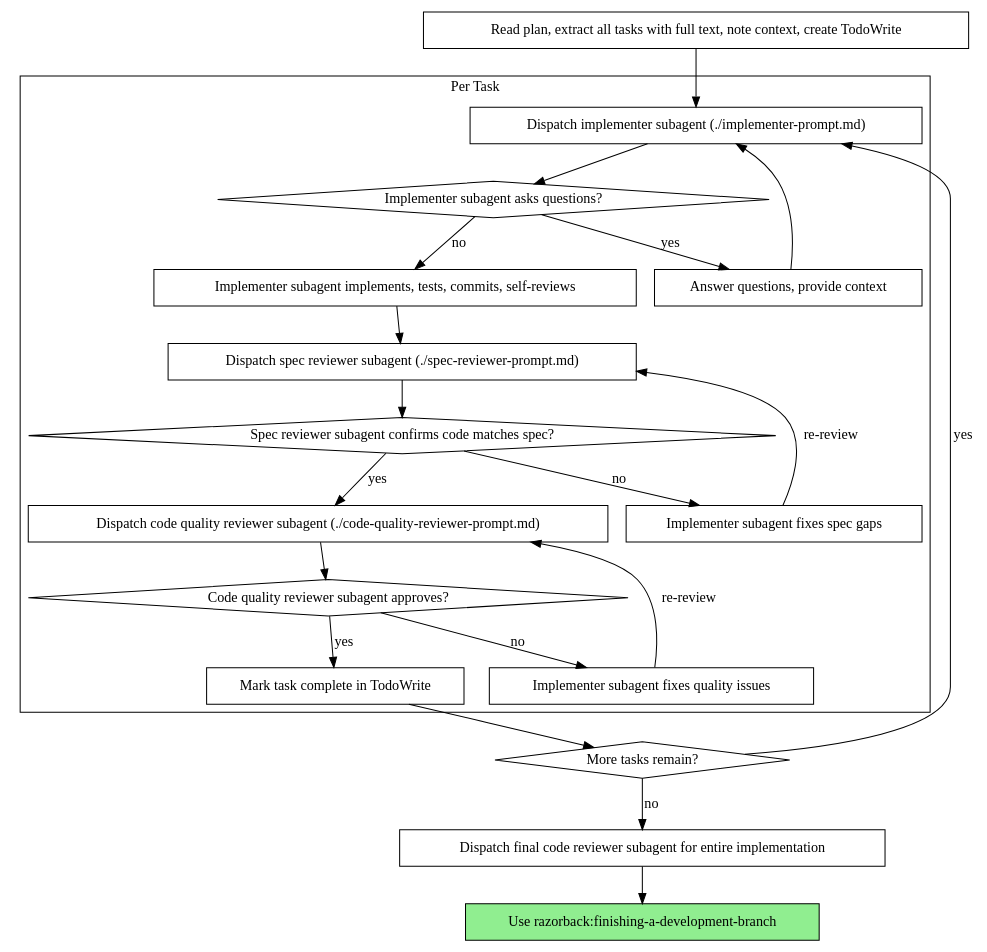
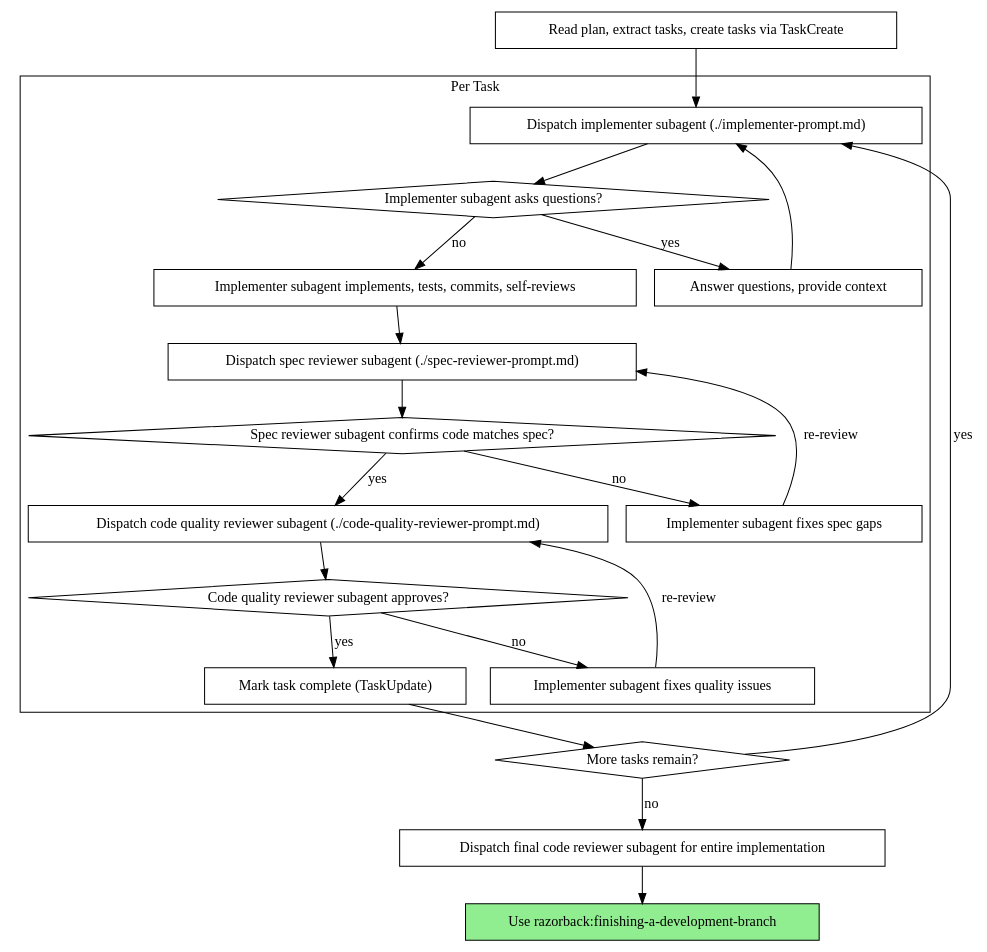
Before and after one commit to anortham/razorback: the second of 2 diagrams in skills/subagent-driven-development/SKILL.md, drawn with Graphviz. The commit also changed other lines of this file and 14 other files, not shown here.

````diff
--- a/skills/subagent-driven-development/SKILL.md
+++ b/skills/subagent-driven-development/SKILL.md
@@ -40,44 +40,44 @@
 ```dot
 digraph process {
     rankdir=TB;
 
     subgraph cluster_per_task {
         label="Per Task";
         "Dispatch implementer subagent (./implementer-prompt.md)" [shape=box];
         "Implementer subagent asks questions?" [shape=diamond];
         "Answer questions, provide context" [shape=box];
         "Implementer subagent implements, tests, commits, self-reviews" [shape=box];
         "Dispatch spec reviewer subagent (./spec-reviewer-prompt.md)" [shape=box];
         "Spec reviewer subagent confirms code matches spec?" [shape=diamond];
         "Implementer subagent fixes spec gaps" [shape=box];
         "Dispatch code quality reviewer subagent (./code-quality-reviewer-prompt.md)" [shape=box];
         "Code quality reviewer subagent approves?" [shape=diamond];
         "Implementer subagent fixes quality issues" [shape=box];
-        "Mark task complete in TodoWrite" [shape=box];
+        "Mark task complete (TaskUpdate)" [shape=box];
     }
 
-    "Read plan, extract all tasks with full text, note context, create TodoWrite" [shape=box];
+    "Read plan, extract tasks, create tasks via TaskCreate" [shape=box];
     "More tasks remain?" [shape=diamond];
     "Dispatch final code reviewer subagent for entire implementation" [shape=box];
     "Use razorback:finishing-a-development-branch" [shape=box style=filled fillcolor=lightgreen];
 
-    "Read plan, extract all tasks with full text, note context, create TodoWrite" -> "Dispatch implementer subagent (./implementer-prompt.md)";
+    "Read plan, extract tasks, create tasks via TaskCreate" -> "Dispatch implementer subagent (./implementer-prompt.md)";
     "Dispatch implementer subagent (./implementer-prompt.md)" -> "Implementer subagent asks questions?";
     "Implementer subagent asks questions?" -> "Answer questions, provide context" [label="yes"];
     "Answer questions, provide context" -> "Dispatch implementer subagent (./implementer-prompt.md)";
     "Implementer subagent asks questions?" -> "Implementer subagent implements, tests, commits, self-reviews" [label="no"];
     "Implementer subagent implements, tests, commits, self-reviews" -> "Dispatch spec reviewer subagent (./spec-reviewer-prompt.md)";
     "Dispatch spec reviewer subagent (./spec-reviewer-prompt.md)" -> "Spec reviewer subagent confirms code matches spec?";
     "Spec reviewer subagent confirms code matches spec?" -> "Implementer subagent fixes spec gaps" [label="no"];
     "Implementer subagent fixes spec gaps" -> "Dispatch spec reviewer subagent (./spec-reviewer-prompt.md)" [label="re-review"];
     "Spec reviewer subagent confirms code matches spec?" -> "Dispatch code quality reviewer subagent (./code-quality-reviewer-prompt.md)" [label="yes"];
     "Dispatch code quality reviewer subagent (./code-quality-reviewer-prompt.md)" -> "Code quality reviewer subagent approves?";
     "Code quality reviewer subagent approves?" -> "Implementer subagent fixes quality issues" [label="no"];
     "Implementer subagent fixes quality issues" -> "Dispatch code quality reviewer subagent (./code-quality-reviewer-prompt.md)" [label="re-review"];
-    "Code quality reviewer subagent approves?" -> "Mark task complete in TodoWrite" [label="yes"];
-    "Mark task complete in TodoWrite" -> "More tasks remain?";
+    "Code quality reviewer subagent approves?" -> "Mark task complete (TaskUpdate)" [label="yes"];
+    "Mark task complete (TaskUpdate)" -> "More tasks remain?";
     "More tasks remain?" -> "Dispatch implementer subagent (./implementer-prompt.md)" [label="yes"];
     "More tasks remain?" -> "Dispatch final code reviewer subagent for entire implementation" [label="no"];
     "Dispatch final code reviewer subagent for entire implementation" -> "Use razorback:finishing-a-development-branch";
 }
 ```
````
